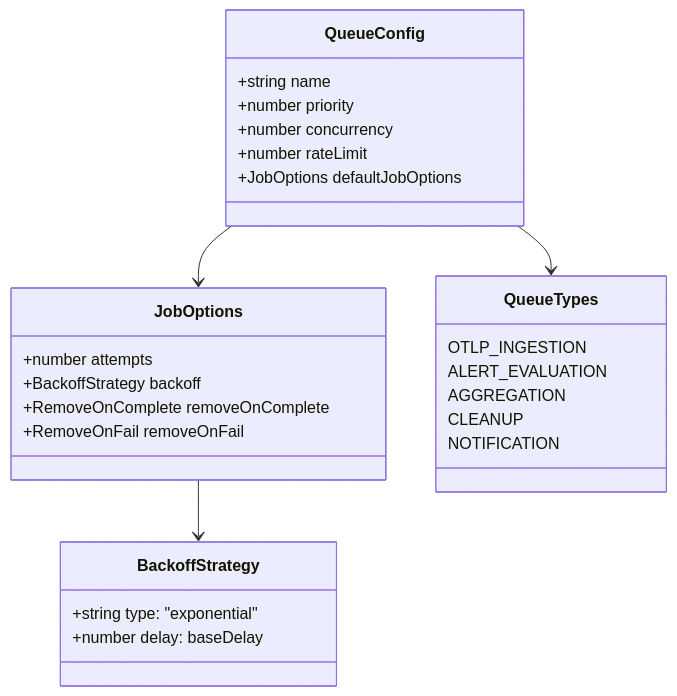
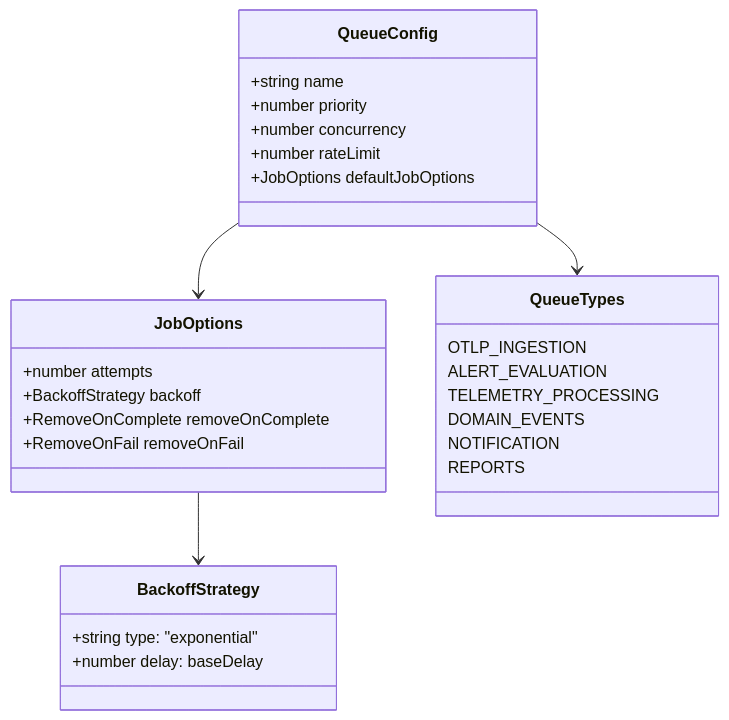
One commit to telemetryflow/telemetryflow-overview changed the tenth of 54 diagrams in architecture/05-PERFORMANCE.md. Above: the diagram before and after it, drawn with Mermaid. The commit also changed other lines of this file and 68 other files, not shown here.

````diff
--- a/architecture/05-PERFORMANCE.md
+++ b/architecture/05-PERFORMANCE.md
@@ -407,34 +412,35 @@
 ```mermaid
 classDiagram
     class QueueConfig {
         +string name
         +number priority
         +number concurrency
         +number rateLimit
         +JobOptions defaultJobOptions
     }
 
     class JobOptions {
         +number attempts
         +BackoffStrategy backoff
         +RemoveOnComplete removeOnComplete
         +RemoveOnFail removeOnFail
     }
 
     class QueueTypes {
         OTLP_INGESTION
         ALERT_EVALUATION
-        AGGREGATION
-        CLEANUP
+        TELEMETRY_PROCESSING
+        DOMAIN_EVENTS
         NOTIFICATION
+        REPORTS
     }
 
     class BackoffStrategy {
         +string type: "exponential"
         +number delay: baseDelay
     }
 
     QueueConfig --> JobOptions
     QueueConfig --> QueueTypes
     JobOptions --> BackoffStrategy
 ```
````
